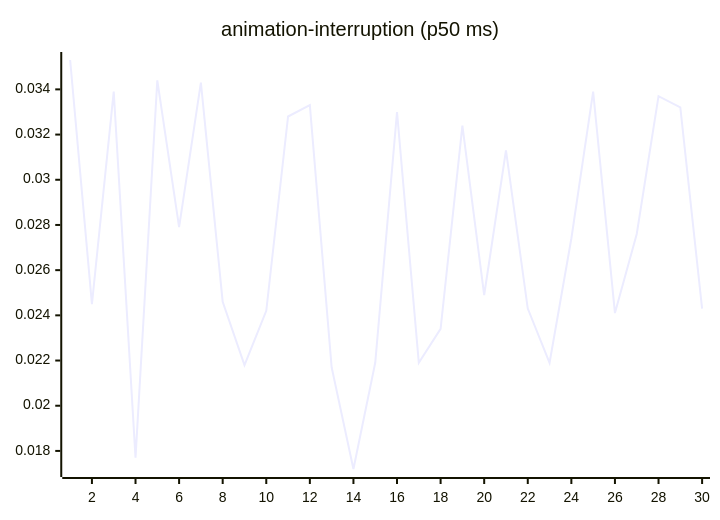
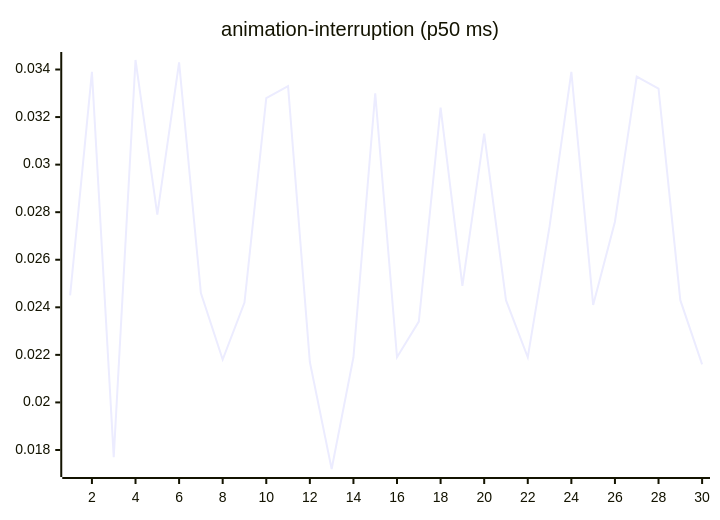
Before and after one commit to josha/Facet: the third of 27 diagrams in README.md, drawn with Mermaid. The commit also changed other lines of this file and 2 other files, not shown here.

````diff
--- a/README.md
+++ b/README.md
@@ -77,6 +77,6 @@
 ```mermaid
 xychart-beta
     title "animation-interruption (p50 ms)"
     x-axis 1 --> 30
-    line [0.0353, 0.0245, 0.0339, 0.0177, 0.0344, 0.0279, 0.0343, 0.0246, 0.0218, 0.0242, 0.0328, 0.0333, 0.0217, 0.0172, 0.0219, 0.0330, 0.0219, 0.0234, 0.0324, 0.0249, 0.0313, 0.0243, 0.0219, 0.0274, 0.0339, 0.0241, 0.0276, 0.0337, 0.0332, 0.0243]
+    line [0.0245, 0.0339, 0.0177, 0.0344, 0.0279, 0.0343, 0.0246, 0.0218, 0.0242, 0.0328, 0.0333, 0.0217, 0.0172, 0.0219, 0.0330, 0.0219, 0.0234, 0.0324, 0.0249, 0.0313, 0.0243, 0.0219, 0.0274, 0.0339, 0.0241, 0.0276, 0.0337, 0.0332, 0.0243, 0.0216]
 ```
````
